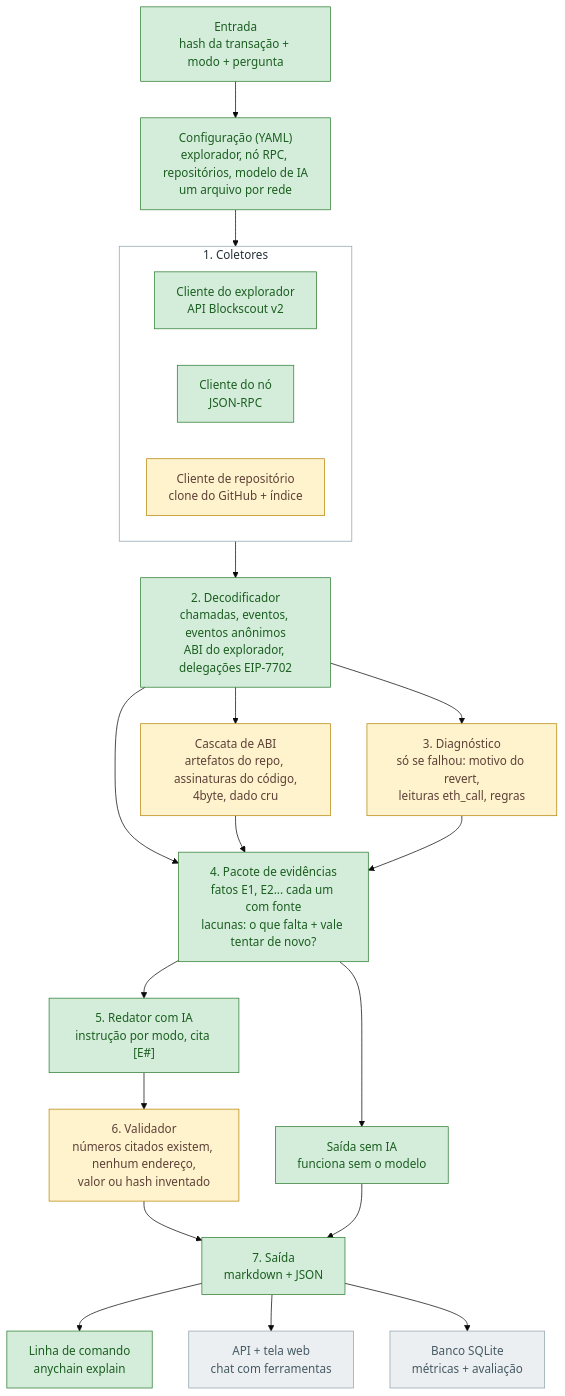
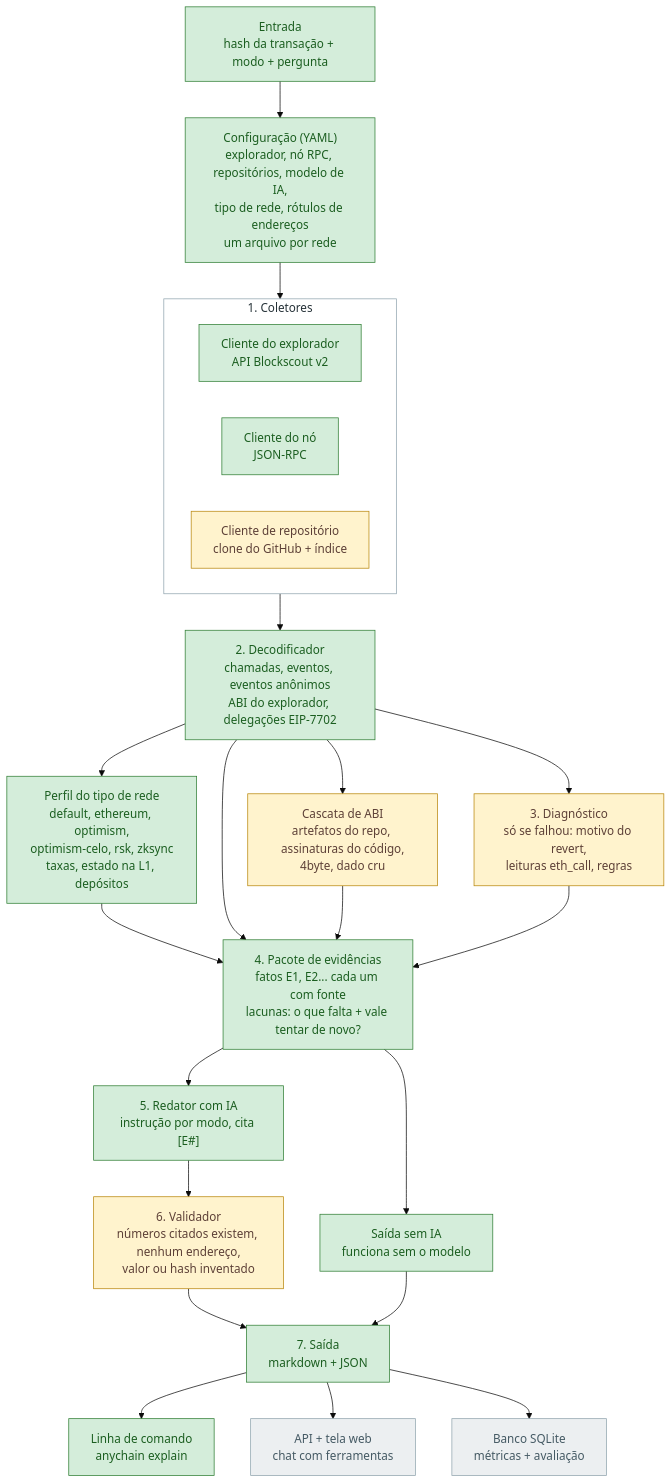
The first of 4 diagrams in docs/ARCHITECTURE.pt-BR.md (Ebaoj/anychain), drawn with Mermaid (base theme) before and after one commit. The commit also changed other lines of this file and 3 other files, not shown here.

Commit message:
Docs: D20 chain-type profiles, roadmap with the phase 4 private devnet, diagrams in both languages

````diff
--- a/docs/ARCHITECTURE.pt-BR.md
+++ b/docs/ARCHITECTURE.pt-BR.md
@@ -20,40 +20,42 @@
 ```mermaid
 flowchart TD
     IN["Entrada<br/>hash da transação + modo + pergunta"] --> CFG
 
-    CFG["Configuração (YAML)<br/>explorador, nó RPC, repositórios, modelo de IA<br/>um arquivo por rede"]
+    CFG["Configuração (YAML)<br/>explorador, nó RPC, repositórios, modelo de IA,<br/>tipo de rede, rótulos de endereços<br/>um arquivo por rede"]
 
     CFG --> COL
     subgraph COL["1. Coletores"]
         EXP["Cliente do explorador<br/>API Blockscout v2"]
         RPC["Cliente do nó<br/>JSON-RPC"]
         REPO["Cliente de repositório<br/>clone do GitHub + índice"]
     end
 
     COL --> DEC["2. Decodificador<br/>chamadas, eventos, eventos anônimos<br/>ABI do explorador, delegações EIP-7702"]
+    DEC --> PRO["Perfil do tipo de rede<br/>default, ethereum, optimism,<br/>optimism-celo, rsk, zksync<br/>taxas, estado na L1, depósitos"]
+    PRO --> BUN
     DEC --> CAS["Cascata de ABI<br/>artefatos do repo, assinaturas do código,<br/>4byte, dado cru"]
     DEC --> DIAG["3. Diagnóstico<br/>só se falhou: motivo do revert,<br/>leituras eth_call, regras"]
     DEC --> BUN
     CAS --> BUN
     DIAG --> BUN
 
     BUN["4. Pacote de evidências<br/>fatos E1, E2... cada um com fonte<br/>lacunas: o que falta + vale tentar de novo?"]
     BUN --> WRI["5. Redator com IA<br/>instrução por modo, cita [E#]"]
     BUN --> REN["Saída sem IA<br/>funciona sem o modelo"]
     WRI --> VAL["6. Validador<br/>números citados existem, nenhum endereço,<br/>valor ou hash inventado"]
     VAL --> OUT
     REN --> OUT
 
     OUT["7. Saída<br/>markdown + JSON"] --> CLI["Linha de comando<br/>anychain explain"]
     OUT --> API["API + tela web<br/>chat com ferramentas"]
     OUT --> DB["Banco SQLite<br/>métricas + avaliação"]
 
     classDef done fill:#d4edda,stroke:#2e7d32,color:#1b5e20
     classDef next fill:#fff3cd,stroke:#b8860b,color:#5d4037
     classDef later fill:#eceff1,stroke:#90a4ae,color:#455a64
 
-    class IN,CFG,EXP,RPC,DEC,BUN,WRI,REN,OUT,CLI done
+    class IN,CFG,EXP,RPC,DEC,PRO,BUN,WRI,REN,OUT,CLI done
     class REPO,CAS,DIAG,VAL next
     class API,DB later
     style COL fill:#ffffff,stroke:#90a4ae,color:#263238
 ```
````
